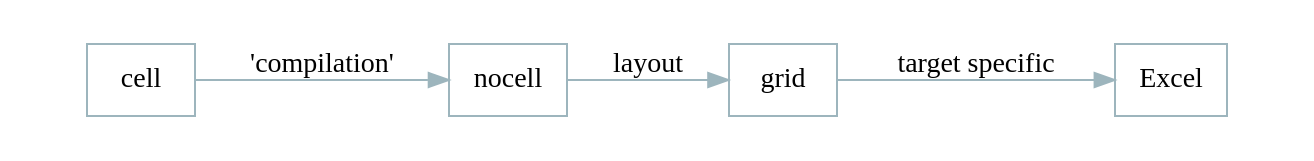
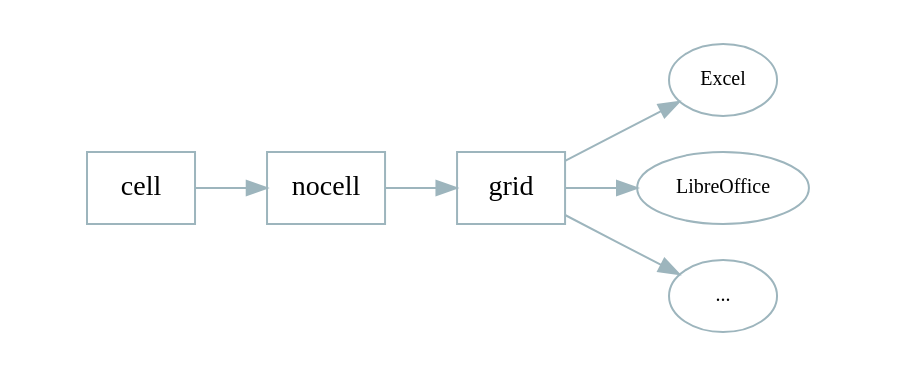
Before and after one commit to triangle-man/intro-to-cellular-talk: the diagram in images/graphviz/languages.dot, drawn with Graphviz. The commit also changed 22 other files, not shown here.

```diff
--- a/images/graphviz/languages.dot
+++ b/images/graphviz/languages.dot
@@ -1,15 +1,18 @@
 digraph languages {
 
 graph [rankdir = "LR";
        pad = "0.5,0.2";
        ];
 
        edge [color = "#9db5bd"];
        node [shape = box;
 	     color = "#9db5bd"];
        
-	     cell -> nocell [label = "'compilation'"];
-	     nocell -> grid [label = "layout"];
-	     grid -> Excel [label = "target specific"];
-
+	     cell -> nocell;
+	     
+	     nocell -> grid;
+	     
+	     grid -> {node [fontsize = 10; shape = oval];
+		     Excel LibreOffice "..."};
+	     
 }
```
